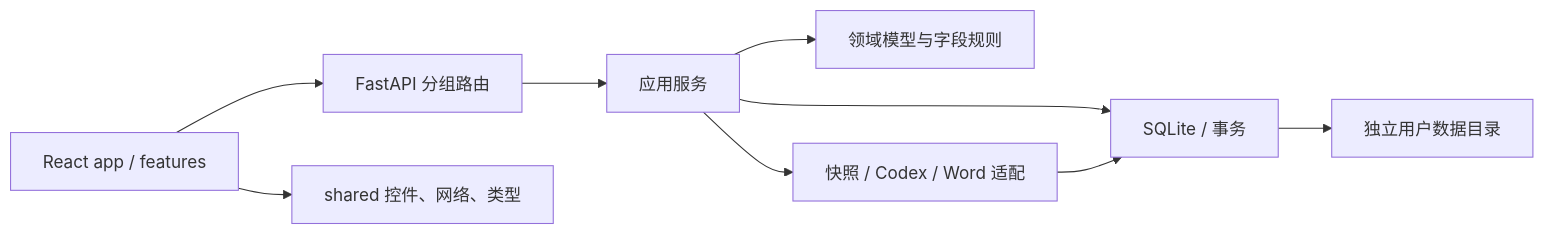
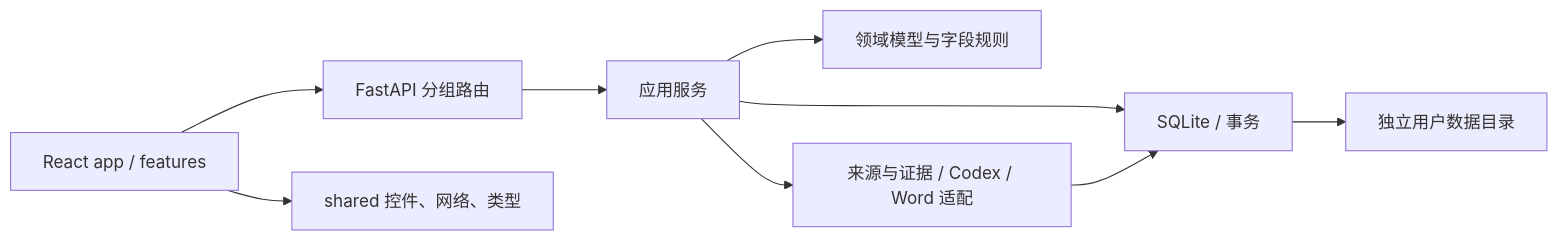
One commit to qch7/resume-maker changed the diagram in docs/architecture.md. Above: the diagram before and after it, drawn with Mermaid. The commit also changed other lines of this file and 65 other files, not shown here.

````diff
--- a/docs/architecture.md
+++ b/docs/architecture.md
@@ -7,11 +7,11 @@
 ```mermaid
 flowchart LR
   UI[React app / features] --> API[FastAPI 分组路由]
   UI --> Shared[shared 控件、网络、类型]
   API --> Services[应用服务]
   Services --> Domain[领域模型与字段规则]
   Services --> DB[SQLite / 事务]
-  Services --> Adapters[快照 / Codex / Word 适配]
+  Services --> Adapters[来源与证据 / Codex / Word 适配]
   Adapters --> DB
   DB --> Data[独立用户数据目录]
 ```
````
